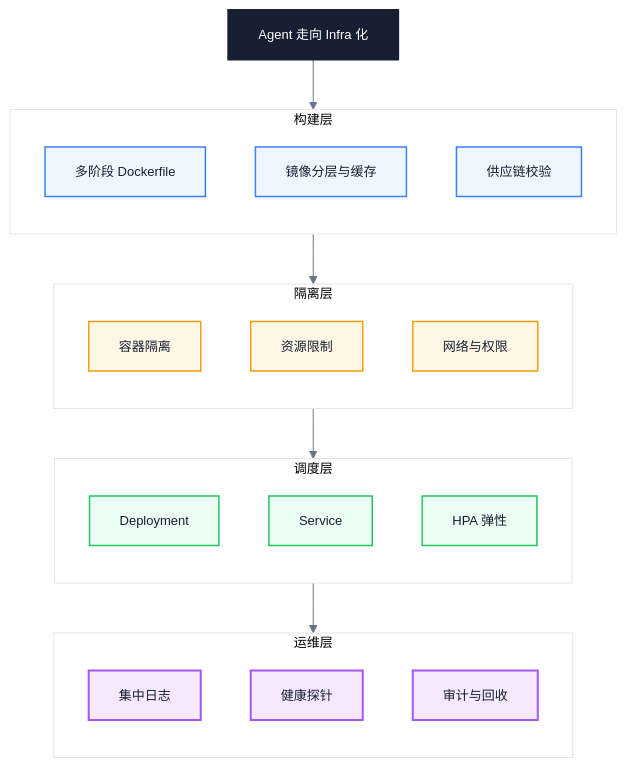
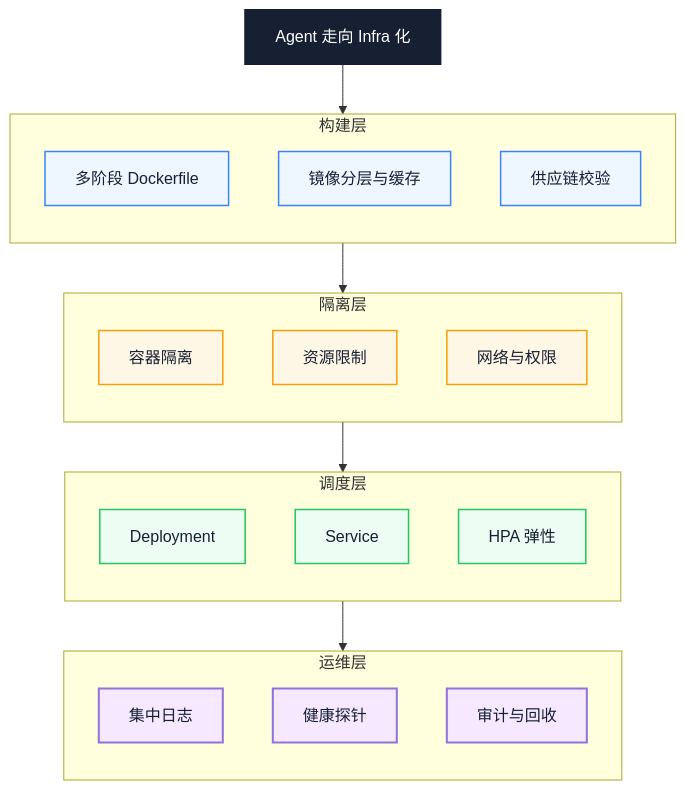
Before and after one commit to Fatejian/frontier-vault: the fifth of 6 diagrams in docs/ai/agent-engineering-learning-path.md, drawn with Mermaid. The commit also changed other lines of this file and 41 other files, not shown here.

````diff
--- a/docs/ai/agent-engineering-learning-path.md
+++ b/docs/ai/agent-engineering-learning-path.md
@@ -458,50 +552,49 @@
 ```mermaid
-%%{init: {'theme': 'base', 'themeVariables': {'fontFamily': 'Inter, PingFang SC, Microsoft YaHei, sans-serif', 'primaryColor': '#F8FAFC', 'primaryTextColor': '#172033', 'primaryBorderColor': '#CBD5E1', 'lineColor': '#64748B', 'fontSize': '13px'}}}%%
 flowchart TB
     Core["Agent 走向 Infra 化"]
 
     subgraph Build["构建层"]
         direction TB
         B1["多阶段 Dockerfile"]
         B2["镜像分层与缓存"]
         B3["供应链校验"]
     end
 
     subgraph Isolate["隔离层"]
         direction TB
         IS1["容器隔离"]
         IS2["资源限制"]
         IS3["网络与权限"]
     end
 
     subgraph Schedule["调度层"]
         direction TB
         K1["Deployment"]
         K2["Service"]
         K3["HPA 弹性"]
     end
 
     subgraph Observe["运维层"]
         direction TB
         O1["集中日志"]
         O2["健康探针"]
         O3["审计与回收"]
     end
 
     Core --> Build
     Build --> Isolate
     Isolate --> Schedule
     Schedule --> Observe
 
     classDef core fill:#172033,color:#fff,stroke:#172033,stroke-width:2px;
     classDef wait fill:#EEF6FF,stroke:#3B82F6,color:#172033,stroke-width:1.5px;
     classDef block fill:#FFF7E6,stroke:#F59E0B,color:#172033,stroke-width:1.5px;
     classDef work fill:#ECFDF3,stroke:#22C55E,color:#172033,stroke-width:1.5px;
-    classDef metric fill:#F5E8FF,stroke:#A855F7,color:#172033,stroke-width:2px;
+    classDef metric fill:#F5E8FF,color:#A855F7,color:#172033,stroke-width:2px;
 
     class Core core;
     class B1,B2,B3 wait;
     class IS1,IS2,IS3 block;
     class K1,K2,K3 work;
     class O1,O2,O3 metric;
 ```
````
